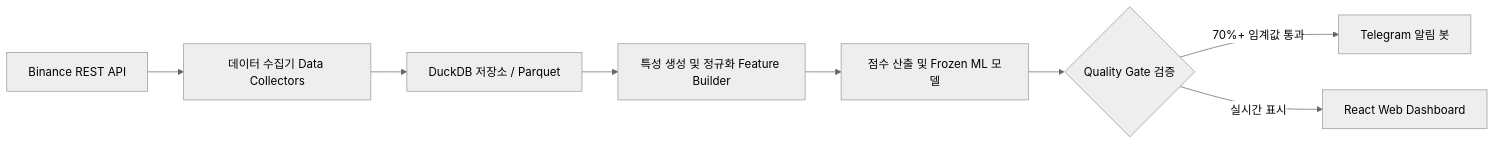
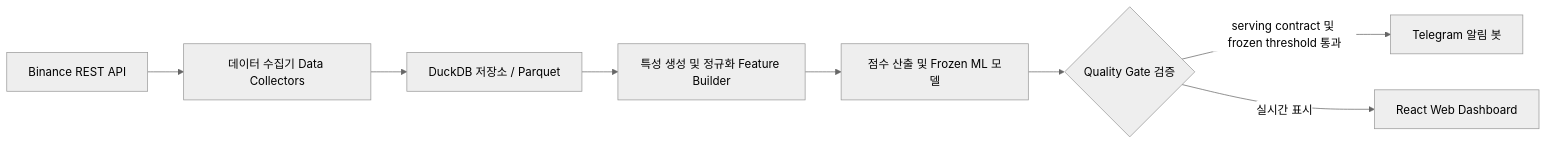
One commit to mrcanlaco/Dao-Vang-Peak-Pulse changed the diagram in README.ko.md. Above: the diagram before and after it, drawn with Mermaid (neutral theme). The commit also changed other lines of this file and 70 other files, not shown here.

````diff
--- a/README.ko.md
+++ b/README.ko.md
@@ -62,10 +64,10 @@
 ```mermaid
 flowchart LR
     A[Binance REST API] --> B[데이터 수집기 Data Collectors]
     B --> C[DuckDB 저장소 / Parquet]
     C --> D[특성 생성 및 정규화 Feature Builder]
     D --> E[점수 산출 및 Frozen ML 모델]
     E --> F{Quality Gate 검증}
-    F -->|70%+ 임계값 통과| G[Telegram 알림 봇]
+    F -->|serving contract 및 frozen threshold 통과| G[Telegram 알림 봇]
     F -->|실시간 표시| H[React Web Dashboard]
 ```
````
